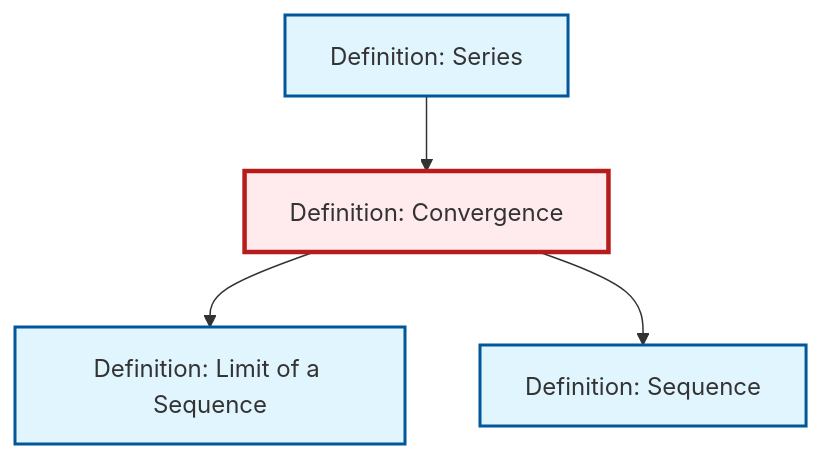
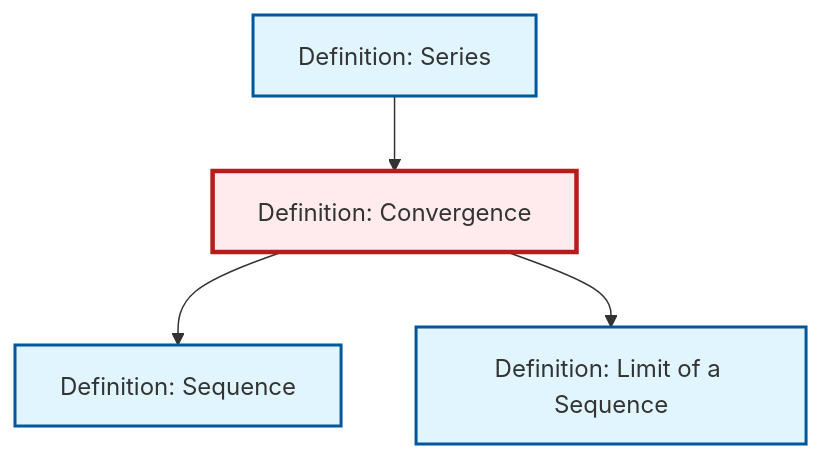
The diagram in content/en/analysis/def-convergence.qmd (RK0429/ModernMath), drawn with Mermaid before and after one commit. The commit also changed other lines of this file and 491 other files, not shown here.

````diff
--- a/content/en/analysis/def-convergence.qmd
+++ b/content/en/analysis/def-convergence.qmd
@@ -76,20 +76,20 @@
 ```{mermaid}
 %%| fig-cap: "Local dependency graph"
 graph TD
     classDef definition fill:#e1f5fe,stroke:#01579b,stroke-width:2px
     classDef theorem fill:#f3e5f5,stroke:#4a148c,stroke-width:2px
     classDef axiom fill:#fff3e0,stroke:#e65100,stroke-width:2px
     classDef example fill:#e8f5e9,stroke:#1b5e20,stroke-width:2px
     classDef current fill:#ffebee,stroke:#b71c1c,stroke-width:3px
-    def-sequence["Definition: Sequence"]:::definition
     def-series["Definition: Series"]:::definition
     def-convergence["Definition: Convergence"]:::definition
     def-limit["Definition: Limit of a Sequence"]:::definition
+    def-sequence["Definition: Sequence"]:::definition
+    def-convergence --> def-sequence
     def-series --> def-convergence
     def-convergence --> def-limit
-    def-convergence --> def-sequence
     class def-convergence current
-    click def-sequence "def-sequence.html" "Go to Sequence definition"
     click def-series "def-series.html" "Go to Series definition"
     click def-limit "def-limit.html" "Go to Limit of a Sequence definition"
+    click def-sequence "def-sequence.html" "Go to Sequence definition"
 ```
````
